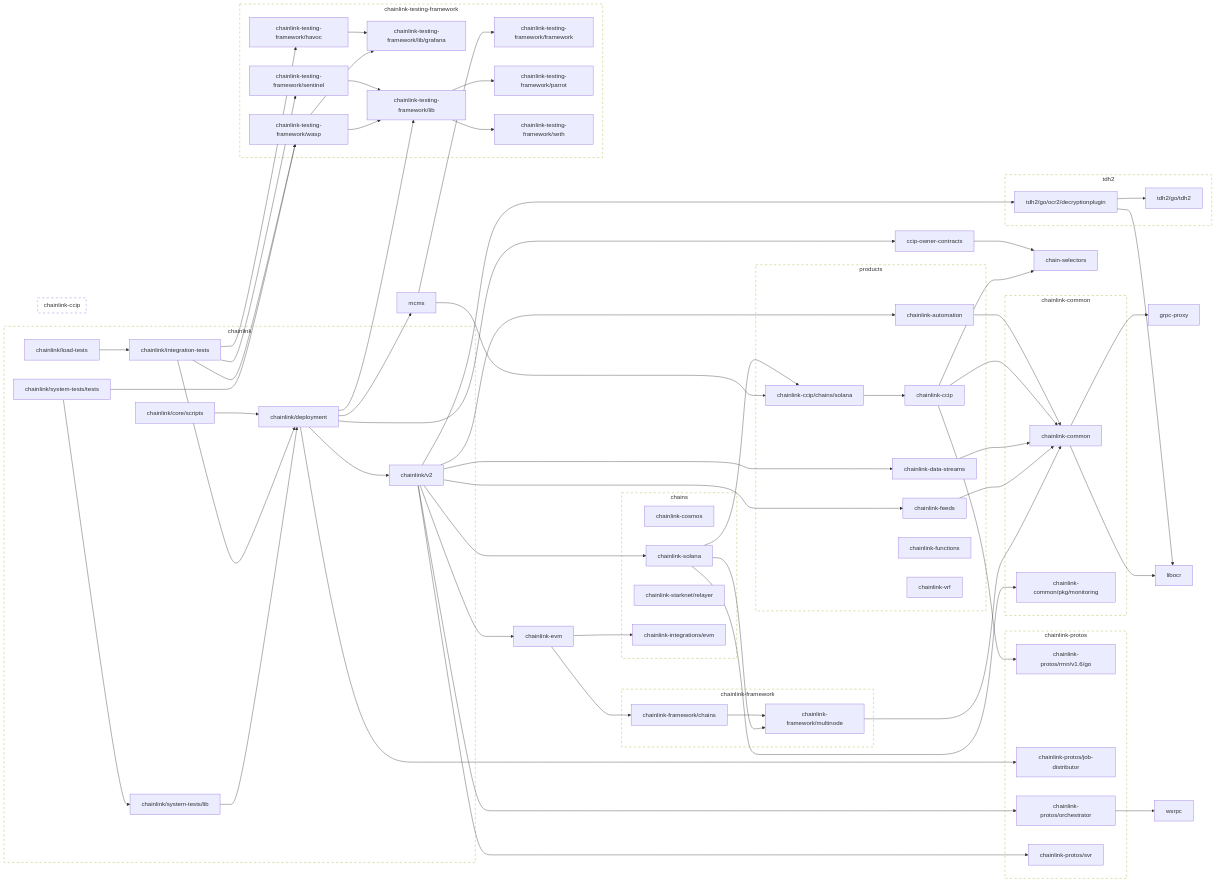
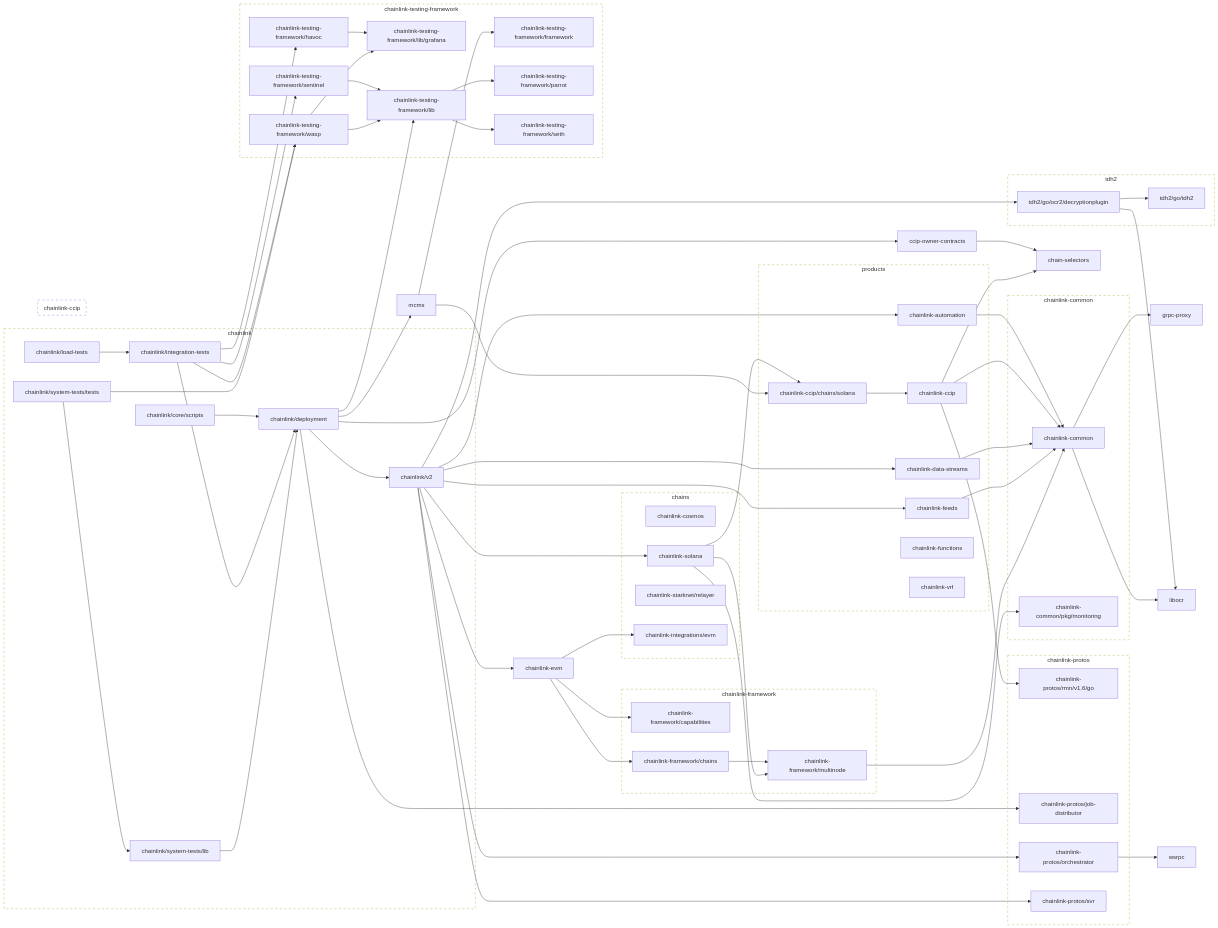
Before and after one commit to JohnDaWalka/chainlink: the second of 2 diagrams in go.md, drawn with Mermaid. The commit also changed 16 other files, not shown here.

```diff
--- a/go.md
+++ b/go.md
@@ -157,11 +157,14 @@
 	click chainlink-common/pkg/monitoring href "https://github.com/smartcontractkit/chainlink-common"
 	chainlink-data-streams --> chainlink-common
 	click chainlink-data-streams href "https://github.com/smartcontractkit/chainlink-data-streams"
+	chainlink-evm --> chainlink-framework/capabilities
 	chainlink-evm --> chainlink-framework/chains
 	chainlink-evm --> chainlink-integrations/evm
 	click chainlink-evm href "https://github.com/smartcontractkit/chainlink-evm"
 	chainlink-feeds --> chainlink-common
 	click chainlink-feeds href "https://github.com/smartcontractkit/chainlink-feeds"
+	chainlink-framework/capabilities
+	click chainlink-framework/capabilities href "https://github.com/smartcontractkit/chainlink-framework"
 	chainlink-framework/chains --> chainlink-framework/multinode
 	click chainlink-framework/chains href "https://github.com/smartcontractkit/chainlink-framework"
 	chainlink-framework/multinode --> chainlink-common
@@ -266,6 +269,7 @@
 	click chainlink-common-repo href "https://github.com/smartcontractkit/chainlink-common"
 
 	subgraph chainlink-framework-repo[chainlink-framework]
+		 chainlink-framework/capabilities
 		 chainlink-framework/chains
 		 chainlink-framework/multinode
 	end
```
